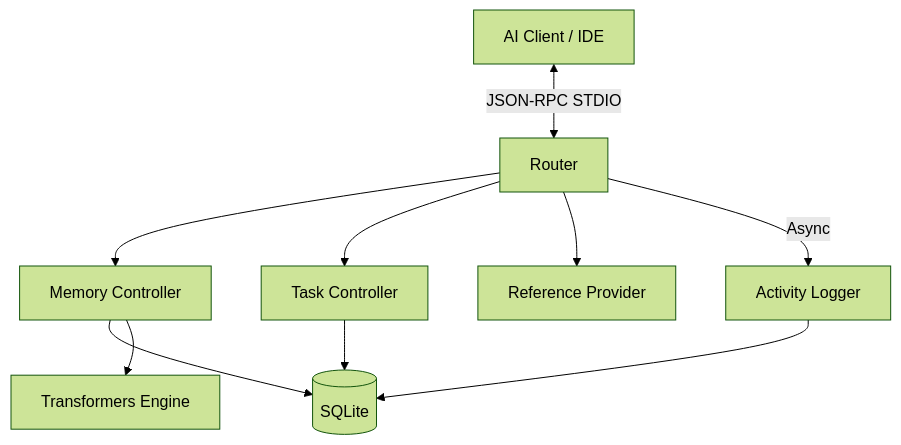
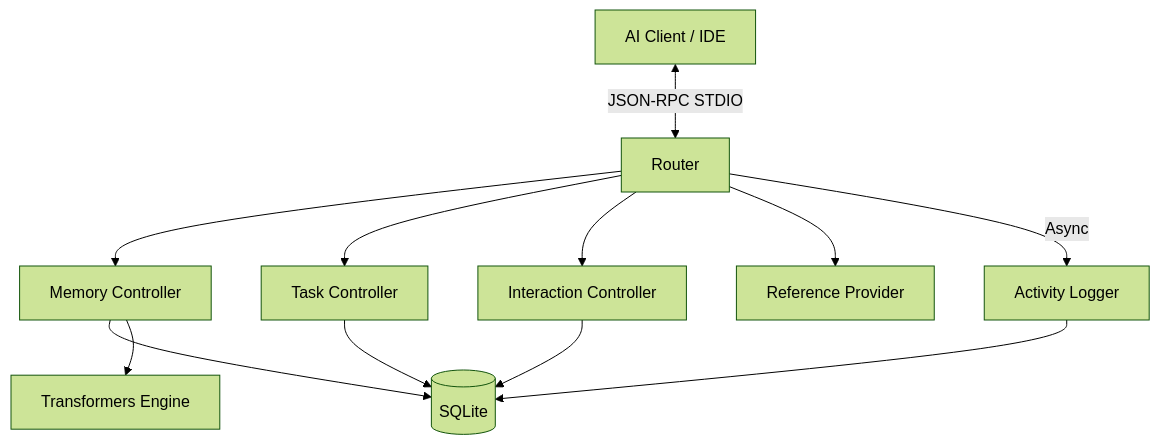
The diagram in .agents/documents/application/modules/mcp-server/overview.md (vheins/local-memory-mcp), drawn with Mermaid (forest theme) before and after one commit. The commit also changed other lines of this file and 3 other files, not shown here.

````diff
--- a/.agents/documents/application/modules/mcp-server/overview.md
+++ b/.agents/documents/application/modules/mcp-server/overview.md
@@ -19,14 +24,16 @@
 ```mermaid
 graph TD
     A[AI Client / IDE] <-->|JSON-RPC STDIO| B[Router]
     B --> C[Memory Controller]
     B --> D[Task Controller]
+    B --> I[Interaction Controller]
     B --> G[Reference Provider]
     
     C --> E[(SQLite)]
     D --> E
+    I --> E
+    
     C --> F[Transformers Engine]
-    
     B -- Async --> H[Activity Logger]
     H --> E
 ```
````
